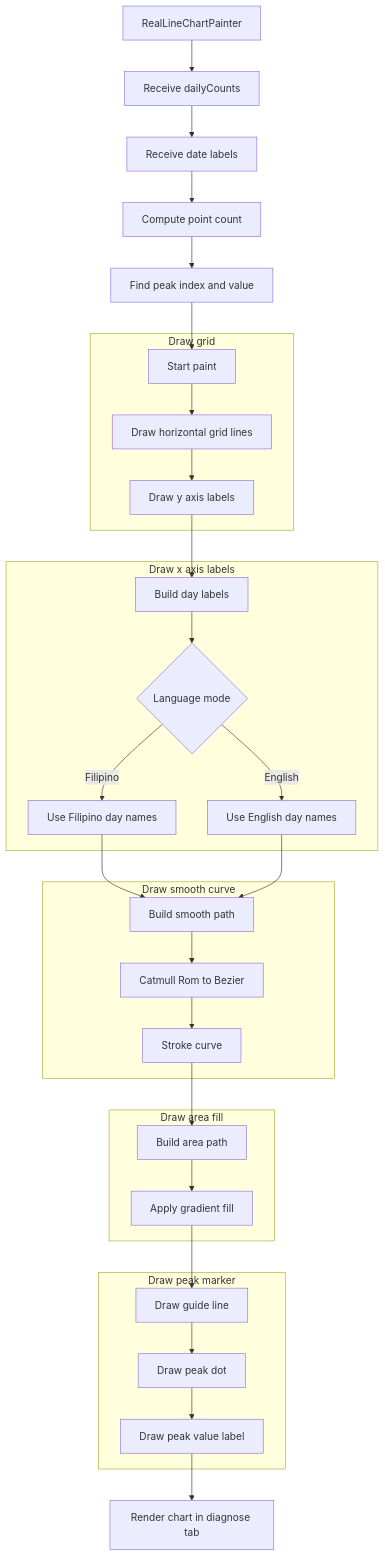
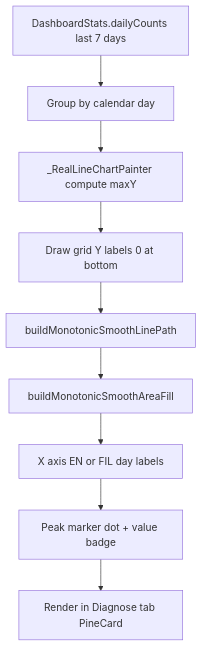
One commit to janrafael29/PINE changed the diagram in docs/diagrams/chart_flow.mmd. Above: the diagram before and after it, drawn with Mermaid. The commit also changed 117 other files, not shown here.

```diff
--- a/docs/diagrams/chart_flow.mmd
+++ b/docs/diagrams/chart_flow.mmd
@@ -1,38 +1,9 @@
 flowchart TD
-    A[RealLineChartPainter] --> B[Receive dailyCounts]
-    B --> C[Receive date labels]
-    C --> D[Compute point count]
-    D --> E[Find peak index and value]
-    E --> F[Start paint]
-
-    subgraph GRID[Draw grid]
-        F --> G[Draw horizontal grid lines]
-        G --> H[Draw y axis labels]
-    end
-
-    subgraph AXIS[Draw x axis labels]
-        H --> I[Build day labels]
-        I --> J{Language mode}
-        J -->|Filipino| K[Use Filipino day names]
-        J -->|English| L[Use English day names]
-    end
-
-    subgraph CURVE[Draw smooth curve]
-        K --> M[Build smooth path]
-        L --> M
-        M --> N[Catmull Rom to Bezier]
-        N --> O[Stroke curve]
-    end
-
-    subgraph AREA[Draw area fill]
-        O --> P[Build area path]
-        P --> Q[Apply gradient fill]
-    end
-
-    subgraph PEAK[Draw peak marker]
-        Q --> R[Draw guide line]
-        R --> S[Draw peak dot]
-        S --> T[Draw peak value label]
-    end
-
-    T --> U[Render chart in diagnose tab]
+    A[DashboardStats.dailyCounts last 7 days] --> B[Group by calendar day]
+    B --> C[_RealLineChartPainter compute maxY]
+    C --> D[Draw grid Y labels 0 at bottom]
+    D --> E[buildMonotonicSmoothLinePath]
+    E --> F[buildMonotonicSmoothAreaFill]
+    F --> G[X axis EN or FIL day labels]
+    G --> H[Peak marker dot + value badge]
+    H --> I[Render in Diagnose tab PineCard]
```
